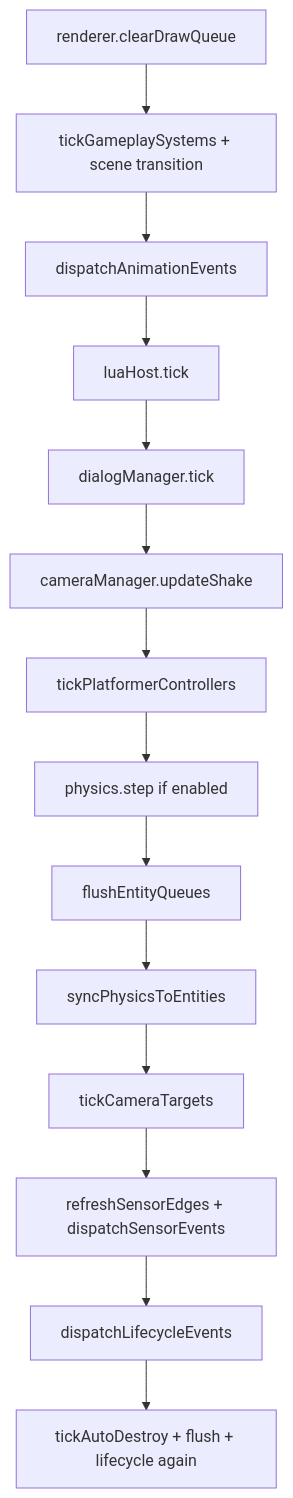
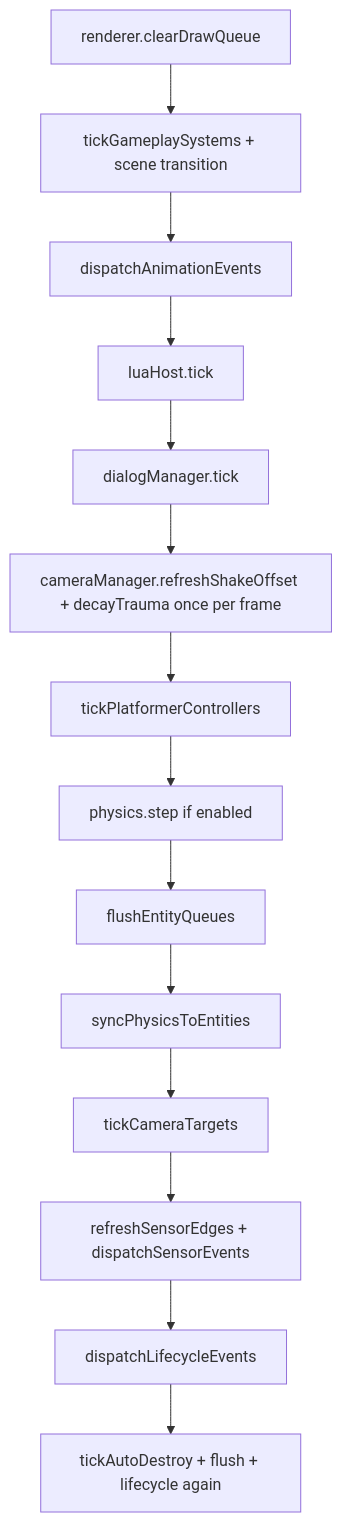
One commit to Toniocardex/ArtCade-Studio_V2 changed the diagram in docs/FIXED_STEP_CONTRACT.md. Above: the diagram before and after it, drawn with Mermaid. The commit also changed other lines of this file and 5 other files, not shown here.

First line of the commit message:
Fix camera shake draining trauma before render.

````diff
--- a/docs/FIXED_STEP_CONTRACT.md
+++ b/docs/FIXED_STEP_CONTRACT.md
@@ -11,19 +11,19 @@
 ```mermaid
 flowchart TD
   clearDraw[renderer.clearDrawQueue]
   gameplay[tickGameplaySystems + scene transition]
   animPre[dispatchAnimationEvents]
   luaTick[luaHost.tick]
   dialogTick[dialogManager.tick]
-  camShake[cameraManager.updateShake]
+  camShake[cameraManager.refreshShakeOffset + decayTrauma once per frame]
   platformer[tickPlatformerControllers]
   physStep[physics.step if enabled]
   flush1[flushEntityQueues]
   physSync[syncPhysicsToEntities]
   cam[tickCameraTargets]
   sensors[refreshSensorEdges + dispatchSensorEvents]
   life[dispatchLifecycleEvents]
   autoDestroy[tickAutoDestroy + flush + lifecycle again]
   clearDraw --> gameplay --> animPre --> luaTick --> dialogTick --> camShake --> platformer --> physStep
   physStep --> flush1 --> physSync --> cam --> sensors --> life --> autoDestroy
 ```
````
